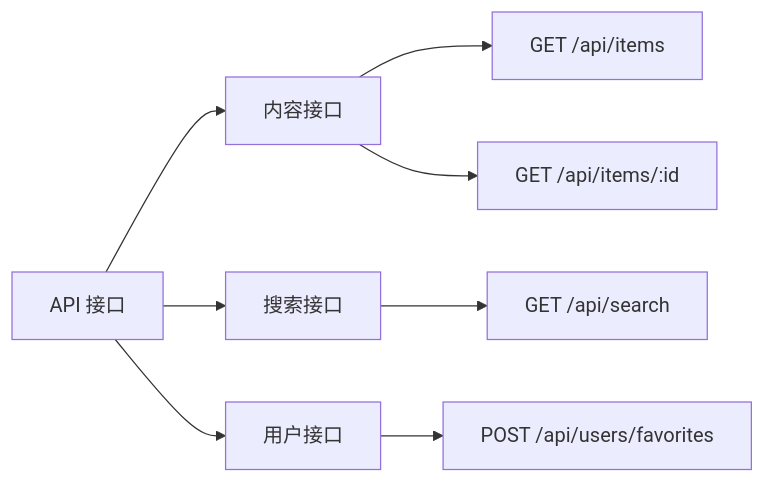
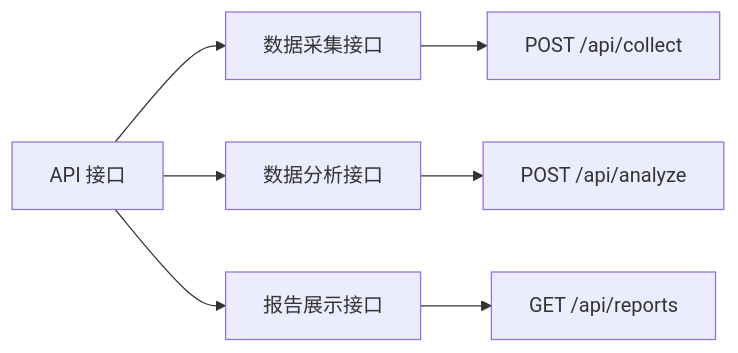
Before and after one commit to hhyouyou/eaves: the first of 3 diagrams in doc/design/api-overview.md, drawn with Mermaid. The commit also changed other lines of this file, not shown here.

````diff
--- a/doc/design/api-overview.md
+++ b/doc/design/api-overview.md
@@ -9,10 +9,9 @@
 ```mermaid
 graph LR
-    A[API 接口] --> B[内容接口]
-    A --> C[搜索接口]
-    A --> D[用户接口]
-    B --> B1[GET /api/items]
-    B --> B2[GET /api/items/:id]
-    C --> C1[GET /api/search]
-    D --> D1[POST /api/users/favorites]
+    A[API 接口] --> B[数据采集接口]
+    A --> C[数据分析接口]
+    A --> D[报告展示接口]
+    B --> B1[POST /api/collect]
+    C --> C1[POST /api/analyze]
+    D --> D1[GET /api/reports]
 ```
````
